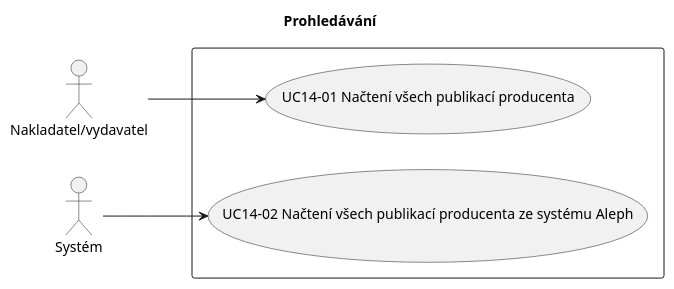
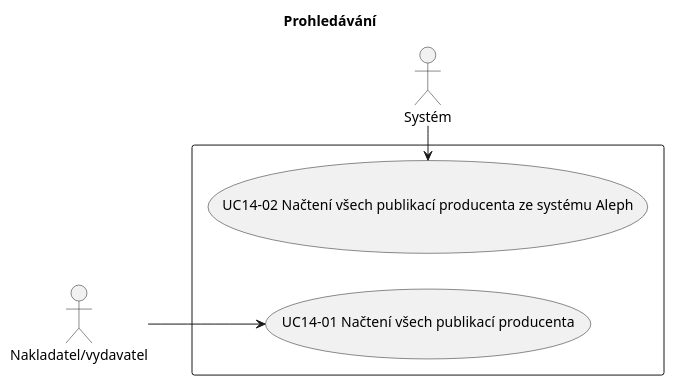
The diagram in docs/uc14.plantuml (edeposit/edeposit), drawn with PlantUML before and after one commit. The commit also changed 1 other file, not shown here.

Commit message:
changed a way to view system at a diagram.

```diff
--- a/docs/uc14.plantuml
+++ b/docs/uc14.plantuml
@@ -1,14 +1,14 @@
 @startuml
 left to right direction
 title Prohledávání
 skinparam packageStyle rect
 
 actor :Nakladatel/vydavatel: as nakl
 actor :Systém: as sys
 
 rectangle  {
 	   :nakl: --> (UC14-01 Načtení všech publikací producenta)
-	   :sys: -->  (UC14-02 Načtení všech publikací producenta ze systému Aleph)
+	   :sys: -left->  (UC14-02 Načtení všech publikací producenta ze systému Aleph)
 }
 
 @enduml
```
